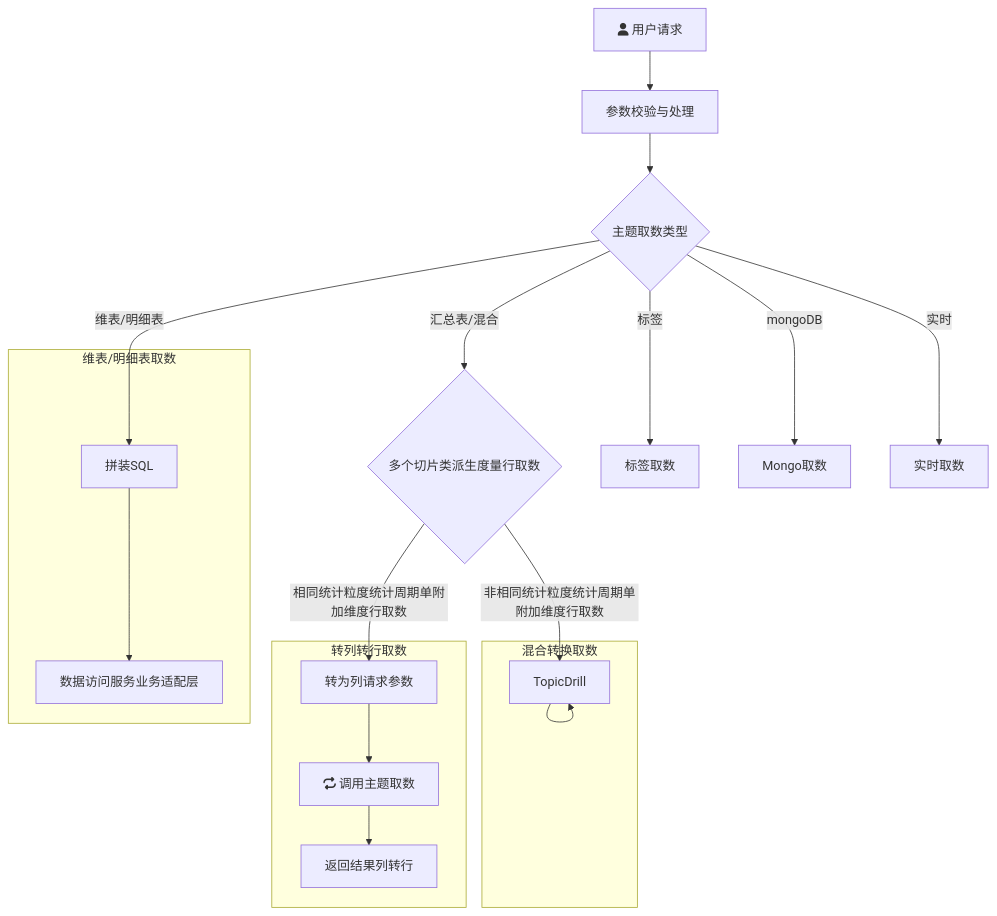
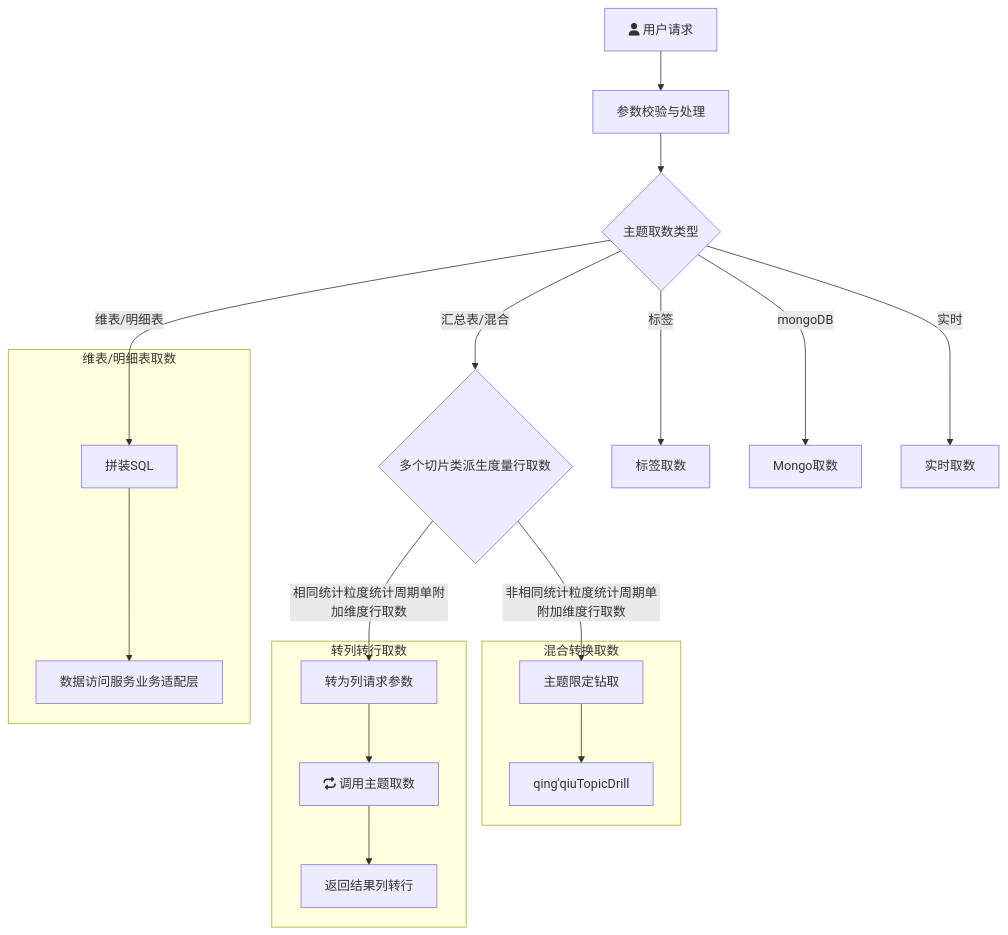
One commit to yanglosm/iodraw-files changed the diagram in all/未命名.md. Above: the diagram before and after it, drawn with Mermaid.

Commit message:
2024-11-29 18:39:32 update

````diff
--- a/all/未命名.md
+++ b/all/未命名.md
@@ -1,20 +1,20 @@
 ```mermaid
 flowchart TD
     A[fa:fa-user 用户请求] -->A1[参数校验与处理] --> B{主题取数类型}
     B -->|维表/明细表| D[拼装SQL]
     B -->|汇总表/混合| E{多个切片类派生度量行取数}
     B -->|标签| F[标签取数]
     B -->|mongoDB| G[Mongo取数]
     B -->|实时| H[实时取数]
     E -->|相同统计粒度统计周期单附加维度行取数| E1[转为列请求参数]
     E -->|非相同统计粒度统计周期单附加维度行取数| T[主题限定钻取]
     subgraph 维表/明细表取数
     D-->D1[数据访问服务业务适配层]
     end
     subgraph 转列转行取数
     E1-->E11[fa:fa-repeat 调用主题取数]-->E12[返回结果列转行]
     end
     subgraph 混合转换取数
-    T-->T[TopicDrill]
+    T-->T1[qing'qiuTopicDrill]
     end
 ```
````
